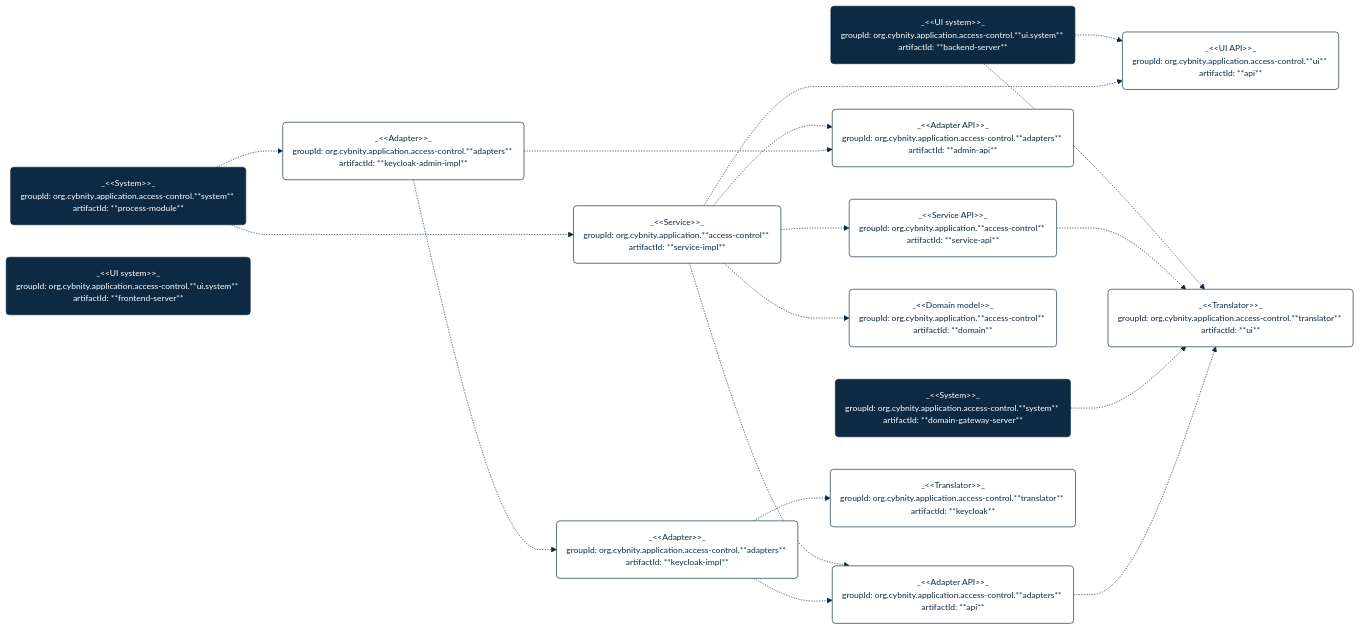
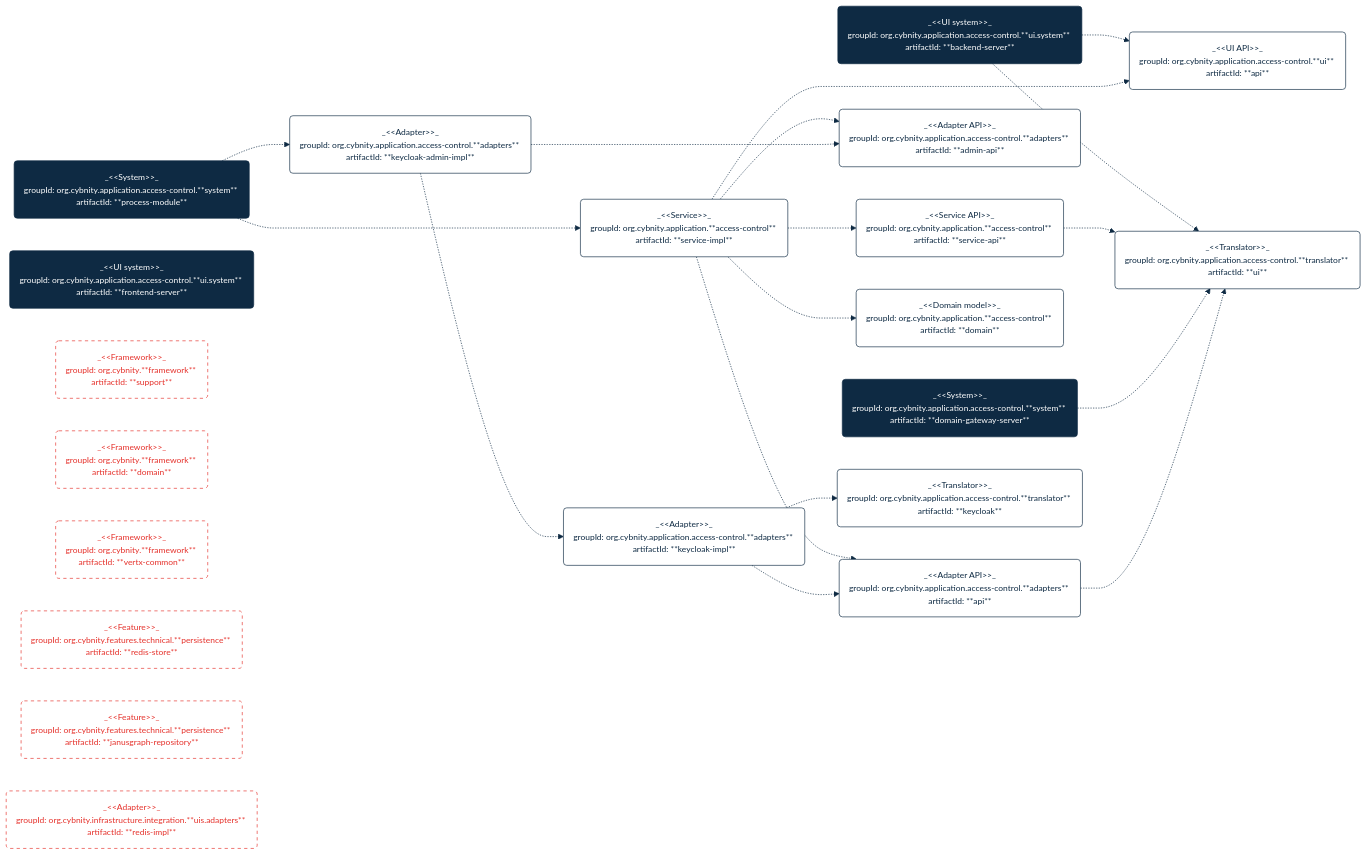
The diagram in README.md (cybnity/domain-access-control), drawn with Mermaid before and after one commit.

Commit message:
Documentation of external lib dependencies

````diff
--- a/README.md
+++ b/README.md
@@ -101,65 +101,72 @@
 ```mermaid
 %%{
   init: {
     'theme': 'base',
     'themeVariables': {
         'background': '#ffffff',
         'fontFamily': 'arial',
         'fontSize': '13px',
         'primaryColor': '#fff',
         'primaryTextColor': '#0e2a43',
         'primaryBorderColor': '#0e2a43',
         'secondaryColor': '#fff',
         'secondaryTextColor': '#fff',
         'secondaryBorderColor': '#fff',
         'tertiaryColor': '#fff',
         'tertiaryTextColor': '#fff',
         'tertiaryBorderColor': '#fff',
         'edgeLabelBackground':'#fff',
         'lineColor': '#0e2a43',
         'titleColor': '#fff',
         'textColor': '#fff',
         'lineColor': '#0e2a43',
         'nodeTextColor': '#fff',
         'nodeBorder': '#0e2a43',
         'noteTextColor': '#fff',
         'noteBorderColor': '#fff'
     },
     'flowchart': { 'curve': 'monotoneX', 'htmlLabels': 'true', 'wrappingWidth': '400' }
   }
 }%%
 flowchart LR
-    access_control_rts_computation_unit("_&lt;&lt;System&gt;&gt;_<br>groupId: org.cybnity.application.access-control.**system**&nbsp;<br>artifactId: **process-module**")
-    access_control_domain_gateway_server("_&lt;&lt;System&gt;&gt;_<br>groupId: org.cybnity.application.access-control.**system**&nbsp;<br>artifactId: **domain-gateway-server**")
-    access_backend_server("_&lt;&lt;UI system&gt;&gt;_<br>groupId: org.cybnity.application.access-control.**ui.system**&nbsp;<br>artifactId: **backend-server**")
-    access_frontend_server("_&lt;&lt;UI system&gt;&gt;_<br>groupId: org.cybnity.application.access-control.**ui.system**&nbsp;<br>artifactId: **frontend-server**")
-    access_control_adapter_keycloak_impl("_&lt;&lt;Adapter&gt;&gt;_<br>groupId: org.cybnity.application.access-control.**adapters**&nbsp;<br>artifactId: **keycloak-impl**")
-    access_control_adapter_admin_api("_&lt;&lt;Adapter API&gt;&gt;_<br>groupId: org.cybnity.application.access-control.**adapters**&nbsp;<br>artifactId: **admin-api**")
-    access_control_adapter_keycloak_admin_impl("_&lt;&lt;Adapter&gt;&gt;_<br>groupId: org.cybnity.application.access-control.**adapters**&nbsp;<br>artifactId: **keycloak-admin-impl**")
-    access_control_adapter_api("_&lt;&lt;Adapter API&gt;&gt;_<br>groupId: org.cybnity.application.access-control.**adapters**&nbsp;<br>artifactId: **api**")
-    access_control_domain_model("_&lt;&lt;Domain model&gt;&gt;_<br>groupId: org.cybnity.application.**access-control**&nbsp;<br>artifactId: **domain**")
-    access_control_service_api("_&lt;&lt;Service API&gt;&gt;_<br>groupId: org.cybnity.application.**access-control**&nbsp;<br>artifactId: **service-api**")
-    access_control_ui_translator("_&lt;&lt;Translator&gt;&gt;_<br>groupId: org.cybnity.application.access-control.**translator**&nbsp;<br>artifactId: **ui**")
-    access_control_ui_api("_&lt;&lt;UI API&gt;&gt;_<br>groupId: org.cybnity.application.access-control.**ui**&nbsp;<br>artifactId: **api**")
-    access_control_service_impl("_&lt;&lt;Service&gt;&gt;_<br>groupId: org.cybnity.application.**access-control**&nbsp;<br>artifactId: **service-impl**")
-    access_control_keycloak_translator("_&lt;&lt;Translator&gt;&gt;_<br>groupId: org.cybnity.application.access-control.**translator**&nbsp;<br>artifactId: **keycloak**")
-  
+  access_control_rts_computation_unit("_&lt;&lt;System&gt;&gt;_<br>groupId: org.cybnity.application.access-control.**system**&nbsp;<br>artifactId: **process-module**")
+  access_control_domain_gateway_server("_&lt;&lt;System&gt;&gt;_<br>groupId: org.cybnity.application.access-control.**system**&nbsp;<br>artifactId: **domain-gateway-server**")
+  access_backend_server("_&lt;&lt;UI system&gt;&gt;_<br>groupId: org.cybnity.application.access-control.**ui.system**&nbsp;<br>artifactId: **backend-server**")
+  access_frontend_server("_&lt;&lt;UI system&gt;&gt;_<br>groupId: org.cybnity.application.access-control.**ui.system**&nbsp;<br>artifactId: **frontend-server**")
+  access_control_adapter_keycloak_impl("_&lt;&lt;Adapter&gt;&gt;_<br>groupId: org.cybnity.application.access-control.**adapters**&nbsp;<br>artifactId: **keycloak-impl**")
+  access_control_adapter_admin_api("_&lt;&lt;Adapter API&gt;&gt;_<br>groupId: org.cybnity.application.access-control.**adapters**&nbsp;<br>artifactId: **admin-api**")
+  access_control_adapter_keycloak_admin_impl("_&lt;&lt;Adapter&gt;&gt;_<br>groupId: org.cybnity.application.access-control.**adapters**&nbsp;<br>artifactId: **keycloak-admin-impl**")
+  access_control_adapter_api("_&lt;&lt;Adapter API&gt;&gt;_<br>groupId: org.cybnity.application.access-control.**adapters**&nbsp;<br>artifactId: **api**")
+  access_control_domain_model("_&lt;&lt;Domain model&gt;&gt;_<br>groupId: org.cybnity.application.**access-control**&nbsp;<br>artifactId: **domain**")
+  access_control_service_api("_&lt;&lt;Service API&gt;&gt;_<br>groupId: org.cybnity.application.**access-control**&nbsp;<br>artifactId: **service-api**")
+  access_control_ui_translator("_&lt;&lt;Translator&gt;&gt;_<br>groupId: org.cybnity.application.access-control.**translator**&nbsp;<br>artifactId: **ui**")
+  access_control_ui_api("_&lt;&lt;UI API&gt;&gt;_<br>groupId: org.cybnity.application.access-control.**ui**&nbsp;<br>artifactId: **api**")
+  access_control_service_impl("_&lt;&lt;Service&gt;&gt;_<br>groupId: org.cybnity.application.**access-control**&nbsp;<br>artifactId: **service-impl**")
+  access_control_keycloak_translator("_&lt;&lt;Translator&gt;&gt;_<br>groupId: org.cybnity.application.access-control.**translator**&nbsp;<br>artifactId: **keycloak**")
+  fwk_support("_&lt;&lt;Framework&gt;&gt;_<br>groupId: org.cybnity.**framework**&nbsp;<br>artifactId: **support**")
+  fwk_domain("_&lt;&lt;Framework&gt;&gt;_<br>groupId: org.cybnity.**framework**&nbsp;<br>artifactId: **domain**")
+  vertx_common("_&lt;&lt;Framework&gt;&gt;_<br>groupId: org.cybnity.**framework**&nbsp;<br>artifactId: **vertx-common**")
+  redis_store("_&lt;&lt;Feature&gt;&gt;_<br>groupId: org.cybnity.features.technical.**persistence**&nbsp;<br>artifactId: **redis-store**")
+  janusgraph_repository("_&lt;&lt;Feature&gt;&gt;_<br>groupId: org.cybnity.features.technical.**persistence**&nbsp;<br>artifactId: **janusgraph-repository**")
+  redis_impl("_&lt;&lt;Adapter&gt;&gt;_<br>groupId: org.cybnity.infrastructure.integration.**uis.adapters**&nbsp;<br>artifactId: **redis-impl**")
 
   access_backend_server -.-> access_control_ui_api & access_control_ui_translator
   access_control_service_impl -.-> access_control_adapter_admin_api
   access_control_service_impl -.-> access_control_service_api & access_control_adapter_api & access_control_ui_api & access_control_domain_model
   access_control_adapter_keycloak_admin_impl -.-> access_control_adapter_admin_api
   access_control_adapter_keycloak_admin_impl -.-> access_control_adapter_keycloak_impl
   access_control_adapter_keycloak_impl -.-> access_control_adapter_api
   access_control_service_api -.-> access_control_ui_translator
   access_control_domain_gateway_server -.-> access_control_ui_translator
   access_control_rts_computation_unit -.-> access_control_adapter_keycloak_admin_impl & access_control_service_impl
   access_control_adapter_api -.-> access_control_ui_translator
   access_control_adapter_keycloak_impl -.-> access_control_keycloak_translator
 
   classDef module fill:#0e2a43, color:#fff
   classDef lib fill:#fff, stroke:##0e2a43, color:##0e2a43
+  classDef external fill:#fff, stroke:#e5302a, color:#e5302a, stroke-dasharray: 5 5
   class access_control_ui_api,access_control_ui_translator,access_control_keycloak_translator,access_control_service_api,access_control_service_impl,access_control_domain_model,access_control_adapter_admin_api,access_control_adapter_api,access_control_adapter_keycloak_admin_impl,access_control_adapter_keycloak_impl lib;
-  class access_backend_server,access_frontend_server,access_control_rts_computation_unit,access_control_domain_gateway_server module
+  class access_backend_server,access_frontend_server,access_control_rts_computation_unit,access_control_domain_gateway_server module;
+  class fwk_domain,redis_store,janusgraph_repository,redis_impl,vertx_common,fwk_support external;
 
 ```
````
